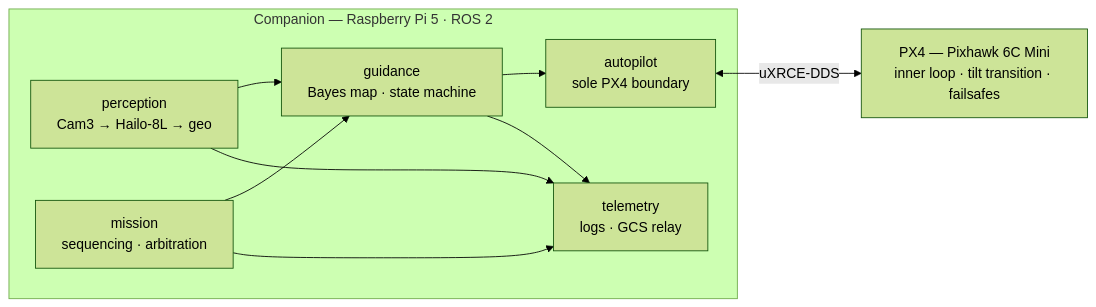
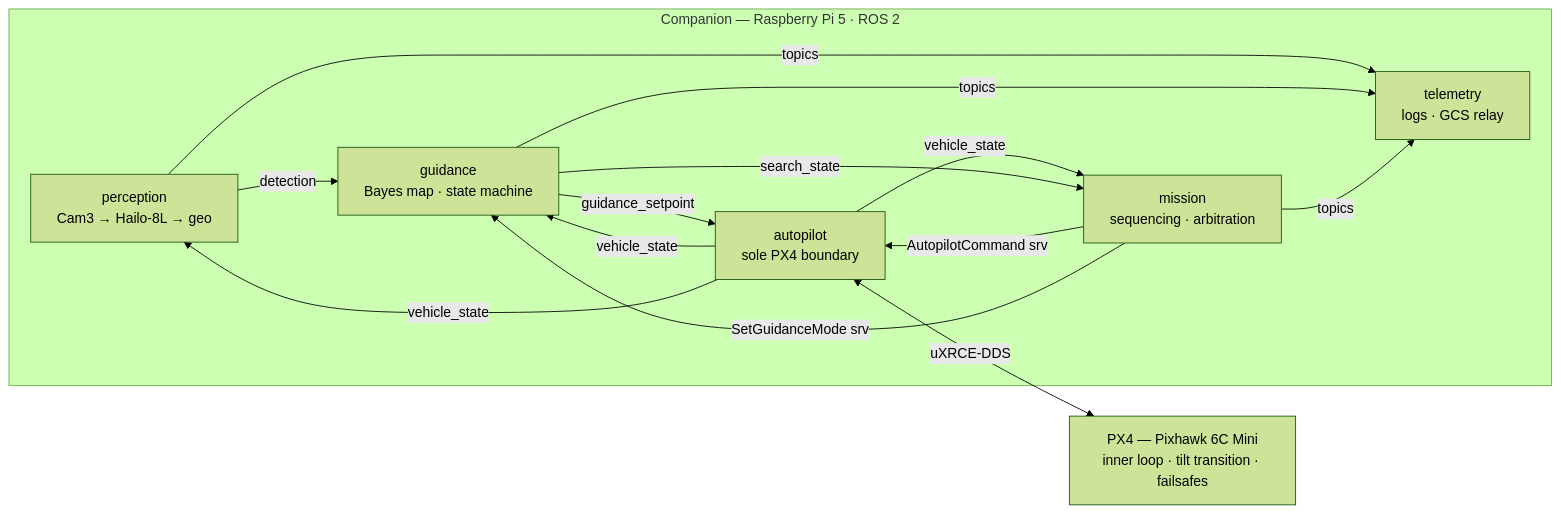
The diagram in README.md (RyanH281-UAV/Shark-ISR-Vtol), drawn with Mermaid (forest theme) before and after one commit. The commit also changed other lines of this file, not shown here.

Commit message:
fix(docs): correct architecture diagram and interface count
- Diagram was missing MIS→AP edge (mission calls AutopilotCommand srv
  directly on the autopilot bridge, not only through guidance)
- Diagram was missing AP→GUI, AP→MIS, AP→PER edges (autopilot publishes
  vehicle_state consumed by guidance, mission, and perception)
- Diagram was missing GUI→MIS edge (search_state feedback to mission)
- Interface count was wrong: 4 msg + 3 srv (not 2 srv); SetGuidanceMode,
  AutopilotCommand, and MissionCommand are all in shark_isr_interfaces/srv/

````diff
--- a/README.md
+++ b/README.md
@@ -43,10 +43,21 @@
 ```mermaid
 flowchart LR
     subgraph CC["Companion — Raspberry Pi 5 · ROS 2"]
-        PER[perception<br/>Cam3 → Hailo-8L → geo] --> GUI[guidance<br/>Bayes map · state machine]
-        MIS[mission<br/>sequencing · arbitration] --> GUI
-        GUI --> AP[autopilot<br/>sole PX4 boundary]
-        PER & GUI & MIS --> TEL[telemetry<br/>logs · GCS relay]
+        PER[perception<br/>Cam3 → Hailo-8L → geo]
+        GUI[guidance<br/>Bayes map · state machine]
+        MIS[mission<br/>sequencing · arbitration]
+        AP[autopilot<br/>sole PX4 boundary]
+        TEL[telemetry<br/>logs · GCS relay]
+
+        AP -->|vehicle_state| GUI
+        AP -->|vehicle_state| MIS
+        AP -->|vehicle_state| PER
+        PER -->|detection| GUI
+        GUI -->|guidance_setpoint| AP
+        GUI -->|search_state| MIS
+        MIS -->|AutopilotCommand srv| AP
+        MIS -->|SetGuidanceMode srv| GUI
+        PER & GUI & MIS -->|topics| TEL
     end
     AP <-->|uXRCE-DDS| PX4[PX4 — Pixhawk 6C Mini<br/>inner loop · tilt transition · failsafes]
 ```
````
